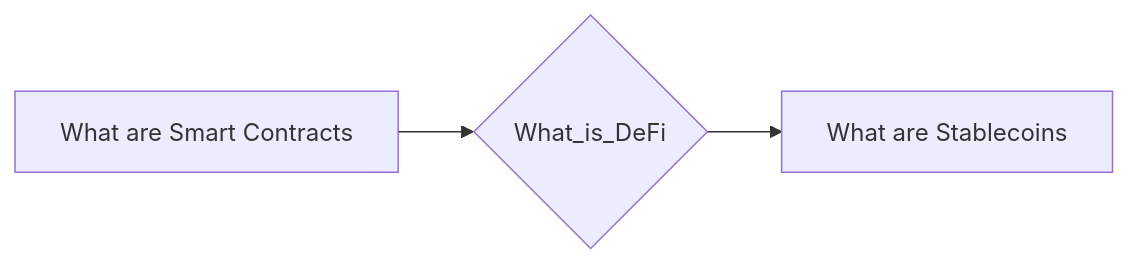
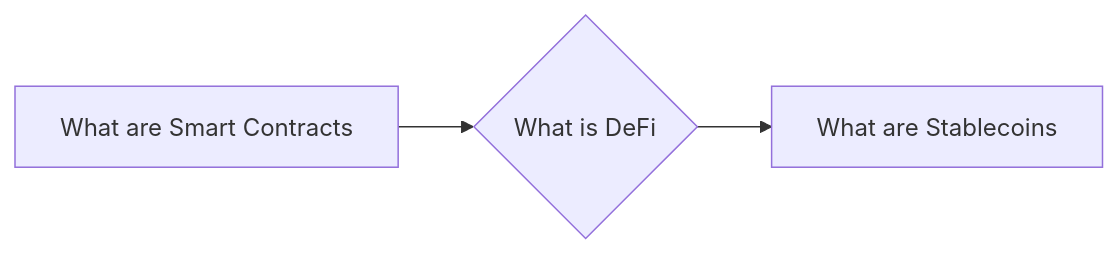
The diagram in notes/What_is_DeFi.md (lpurdy01/crypto-knowledge-map), drawn with Mermaid before and after one commit. The commit also changed 58 other files, not shown here.

````diff
--- a/notes/What_is_DeFi.md
+++ b/notes/What_is_DeFi.md
@@ -6,5 +6,5 @@
 ```mermaid
 graph LR
-1["What are Smart Contracts"]-->0{"What_is_DeFi"}
-0{"What_is_DeFi"}-->2["What are Stablecoins"]
+1["What are Smart Contracts"]-->0{"What is DeFi"}
+0{"What is DeFi"}-->2["What are Stablecoins"]
 ```
````
